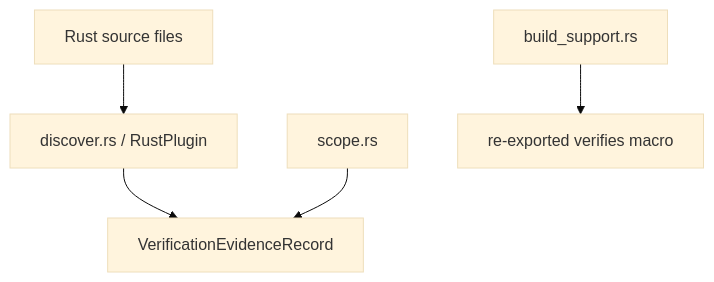
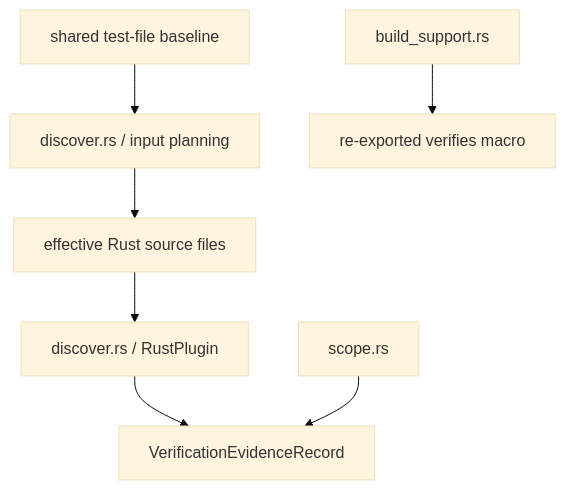
One commit to jonisavo/supersigil changed the diagram in crates/supersigil-rust/specs/rust-plugin/rust-plugin.design.mdx. Above: the diagram before and after it, drawn with Mermaid (base theme). The commit also changed other lines of this file and 14 other files, not shown here.

````diff
--- a/crates/supersigil-rust/specs/rust-plugin/rust-plugin.design.mdx
+++ b/crates/supersigil-rust/specs/rust-plugin/rust-plugin.design.mdx
@@ -28,14 +29,18 @@
 ```mermaid
 graph TD
-    FILES["Rust source files"]
+    BASE["shared test-file baseline"]
+    PLAN["discover.rs / input planning"]
+    FILES["effective Rust source files"]
     DISC["discover.rs / RustPlugin"]
     SCOPE["scope.rs"]
     BUILD["build_support.rs"]
     EVID["VerificationEvidenceRecord"]
     MACRO["re-exported verifies macro"]
 
+    BASE --> PLAN
+    PLAN --> FILES
     FILES --> DISC
     DISC --> EVID
     SCOPE --> EVID
     BUILD --> MACRO
 ```
````
